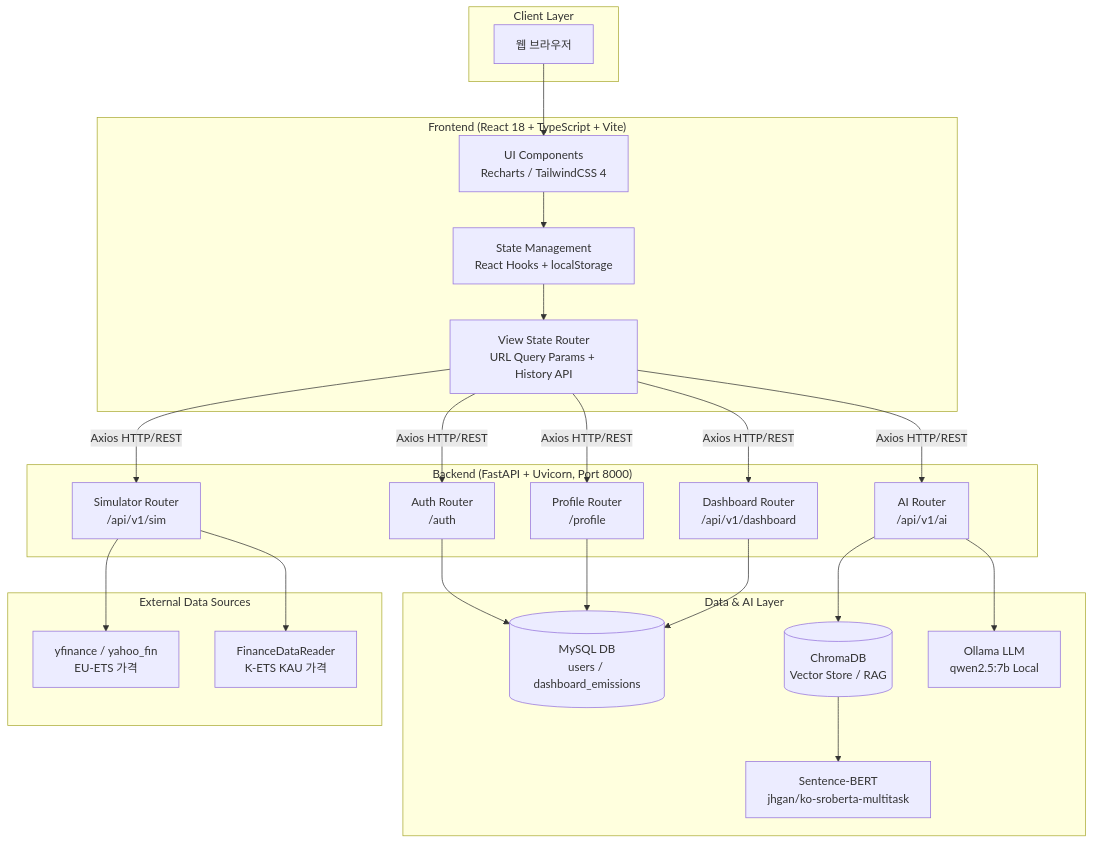
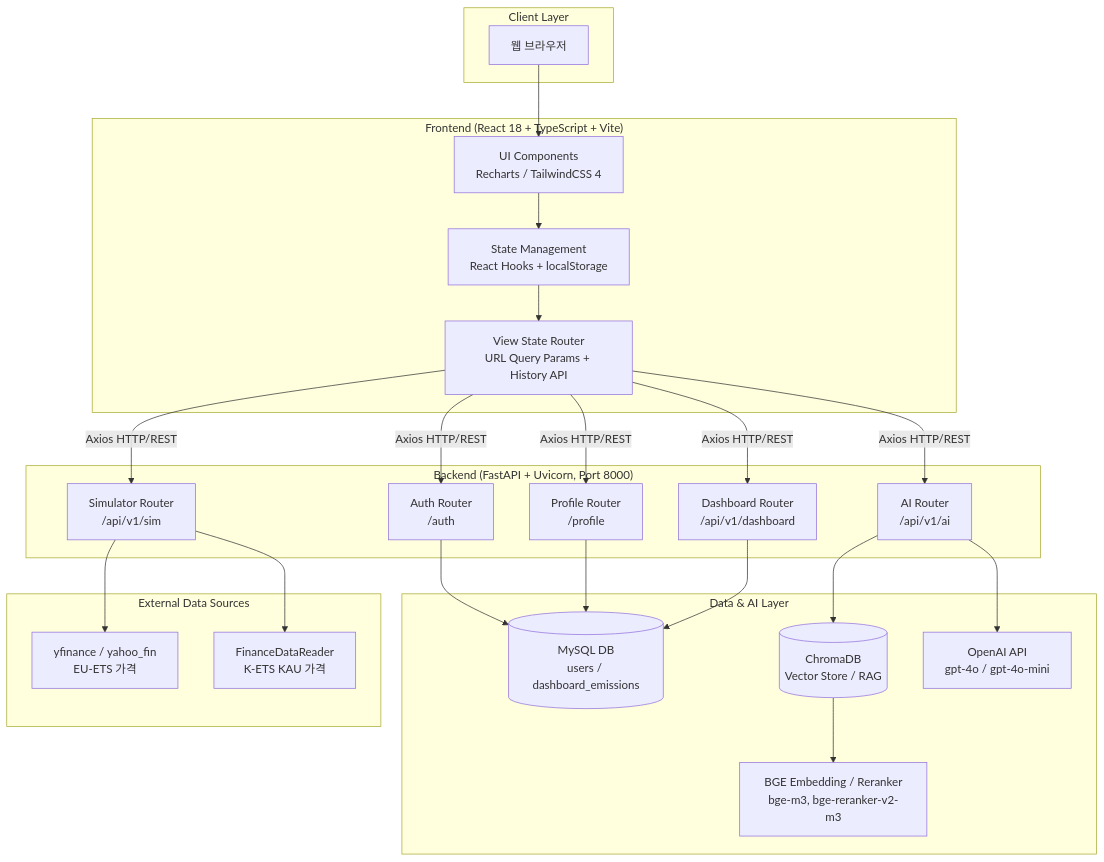
The diagram in README.md (hicouquebye/ESG_bereal_3rd), drawn with Mermaid before and after one commit. The commit also changed other lines of this file, not shown here.

````diff
--- a/README.md
+++ b/README.md
@@ -47,42 +47,42 @@
 ```mermaid
 graph TB
     subgraph "Client Layer"
         Browser[웹 브라우저]
     end
 
     subgraph "Frontend (React 18 + TypeScript + Vite)"
         UI[UI Components<br/>Recharts / TailwindCSS 4]
         State[State Management<br/>React Hooks + localStorage]
         Router[View State Router<br/>URL Query Params + History API]
     end
 
     subgraph "Backend (FastAPI + Uvicorn, Port 8000)"
         Auth[Auth Router<br/>/auth]
         Profile[Profile Router<br/>/profile]
         Dashboard[Dashboard Router<br/>/api/v1/dashboard]
         Sim[Simulator Router<br/>/api/v1/sim]
         AI[AI Router<br/>/api/v1/ai]
     end
 
     subgraph "Data & AI Layer"
         MySQL[(MySQL DB<br/>users / dashboard_emissions)]
         ChromaDB[(ChromaDB<br/>Vector Store / RAG)]
-        Ollama[Ollama LLM<br/>qwen2.5:7b Local]
-        SBERT[Sentence-BERT<br/>jhgan/ko-sroberta-multitask]
+        OpenAI[OpenAI API<br/>gpt-4o / gpt-4o-mini]
+        BGE[BGE Embedding / Reranker<br/>bge-m3, bge-reranker-v2-m3]
     end
 
     subgraph "External Data Sources"
         yfinance[yfinance / yahoo_fin<br/>EU-ETS 가격]
         FDR[FinanceDataReader<br/>K-ETS KAU 가격]
     end
 
     Browser --> UI
     UI --> State --> Router
     Router -->|Axios HTTP/REST| Auth & Profile & Dashboard & Sim & AI
     Auth --> MySQL
     Profile --> MySQL
     Dashboard --> MySQL
     Sim --> yfinance & FDR
-    AI --> ChromaDB & Ollama
-    ChromaDB --> SBERT
+    AI --> ChromaDB & OpenAI
+    ChromaDB --> BGE
 ```
````
